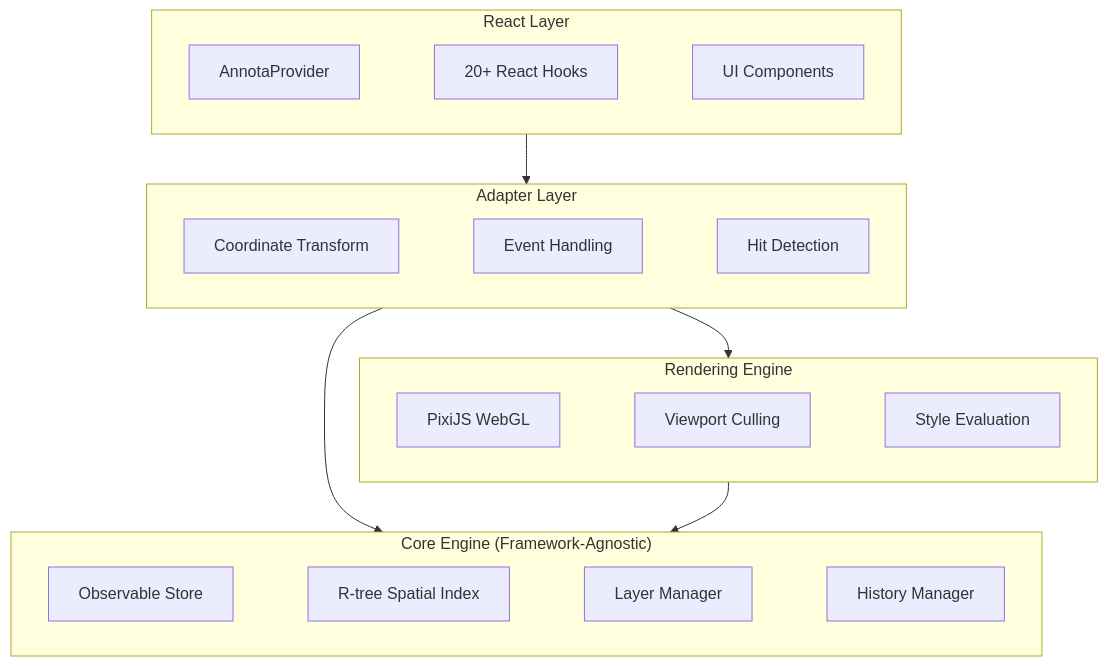
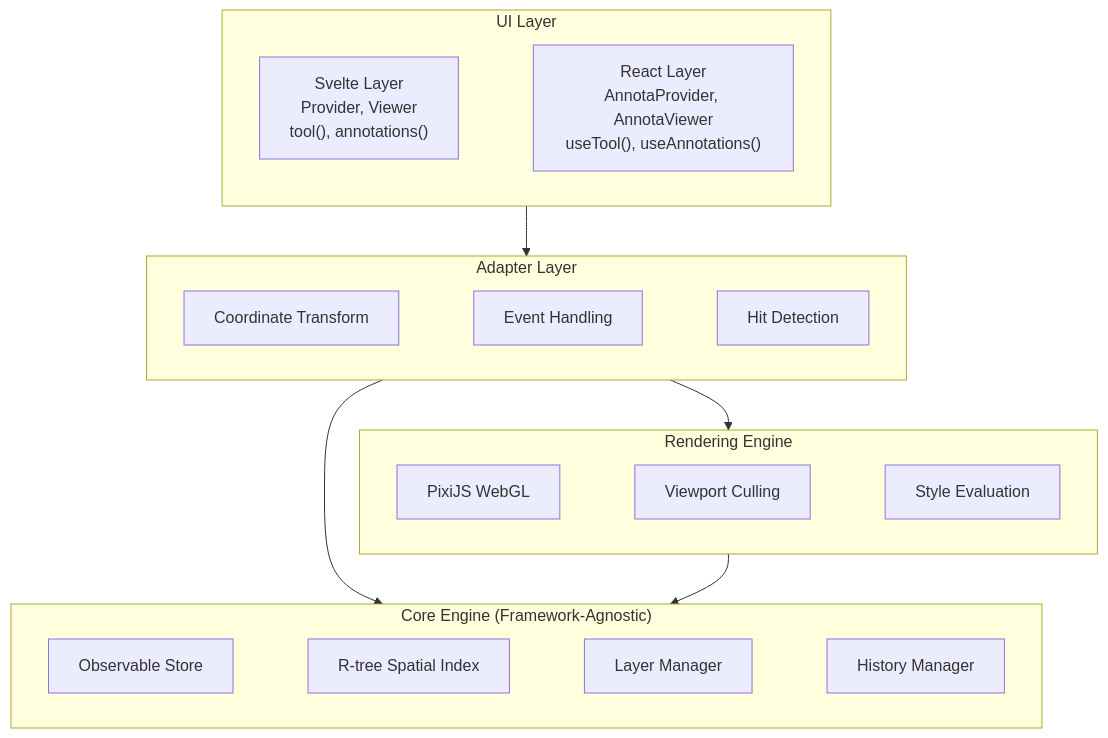
The first of 4 diagrams in docs/src/pages/docs/architecture.mdx (bitroc-ai/annota), drawn with Mermaid before and after one commit. The commit also changed other lines of this file and 23 other files, not shown here.

First line of the commit message:
feat: integrate Mermaid support and enhance card styling

````diff
--- a/docs/src/pages/docs/architecture.mdx
+++ b/docs/src/pages/docs/architecture.mdx
@@ -12,23 +13,23 @@
 ```mermaid
 graph TB
-    subgraph React["React Layer"]
-        Provider["AnnotaProvider"] ~~~ Hooks["20+ React Hooks"] ~~~ Components["UI Components"]
+    subgraph UI["UI Layer"]
+        Svelte["Svelte Layer<br/>Provider, Viewer<br/>tool(), annotations()"] ~~~ React["React Layer<br/>AnnotaProvider, AnnotaViewer<br/>useTool(), useAnnotations()"]
     end
 
     subgraph Adapter["Adapter Layer"]
         Coordinates["Coordinate Transform"] ~~~ Events["Event Handling"] ~~~ HitDetection["Hit Detection"]
     end
 
     subgraph Rendering["Rendering Engine"]
         PixiJS["PixiJS WebGL"] ~~~ Culling["Viewport Culling"] ~~~ Styles["Style Evaluation"]
     end
 
     subgraph Core["Core Engine (Framework-Agnostic)"]
         Store["Observable Store"] ~~~ Spatial["R-tree Spatial Index"] ~~~ Layers["Layer Manager"] ~~~ History["History Manager"]
     end
 
-    React --> Adapter
+    UI --> Adapter
     Adapter --> Rendering
     Adapter --> Core
     Rendering --> Core
 ```
````
